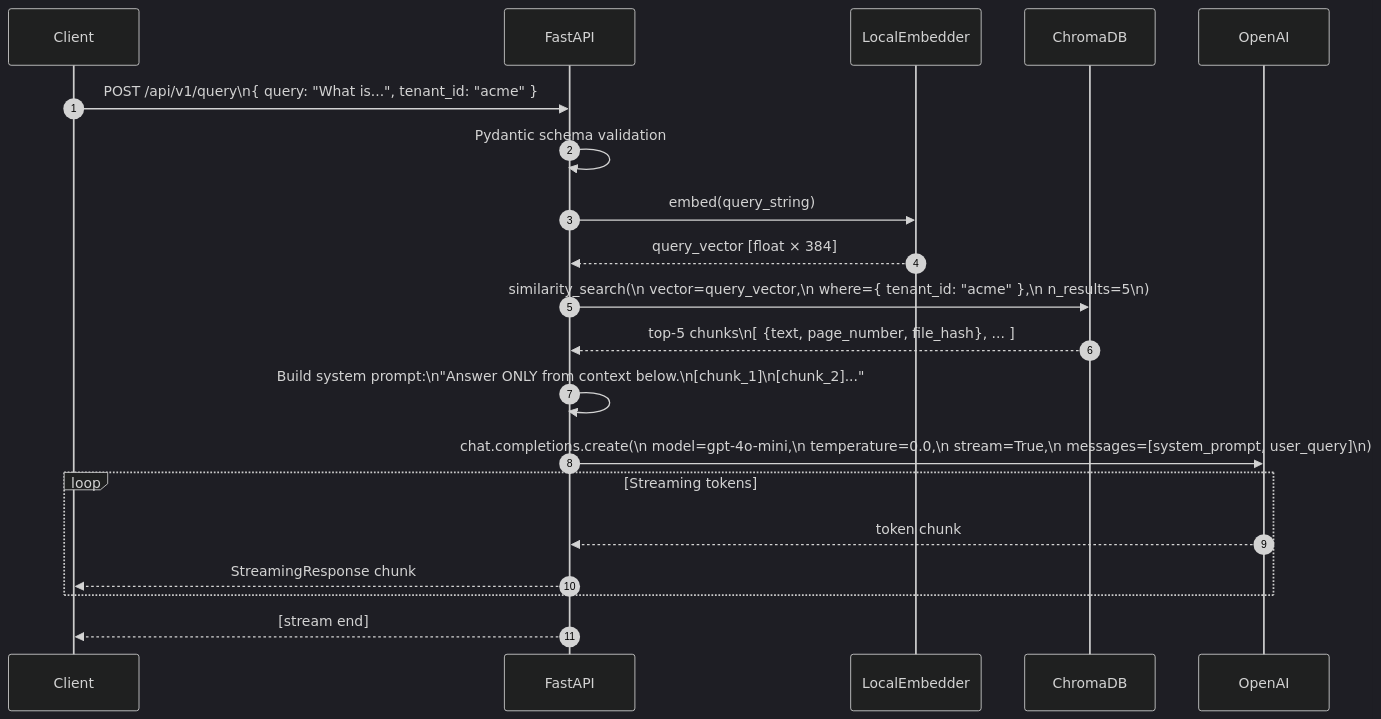
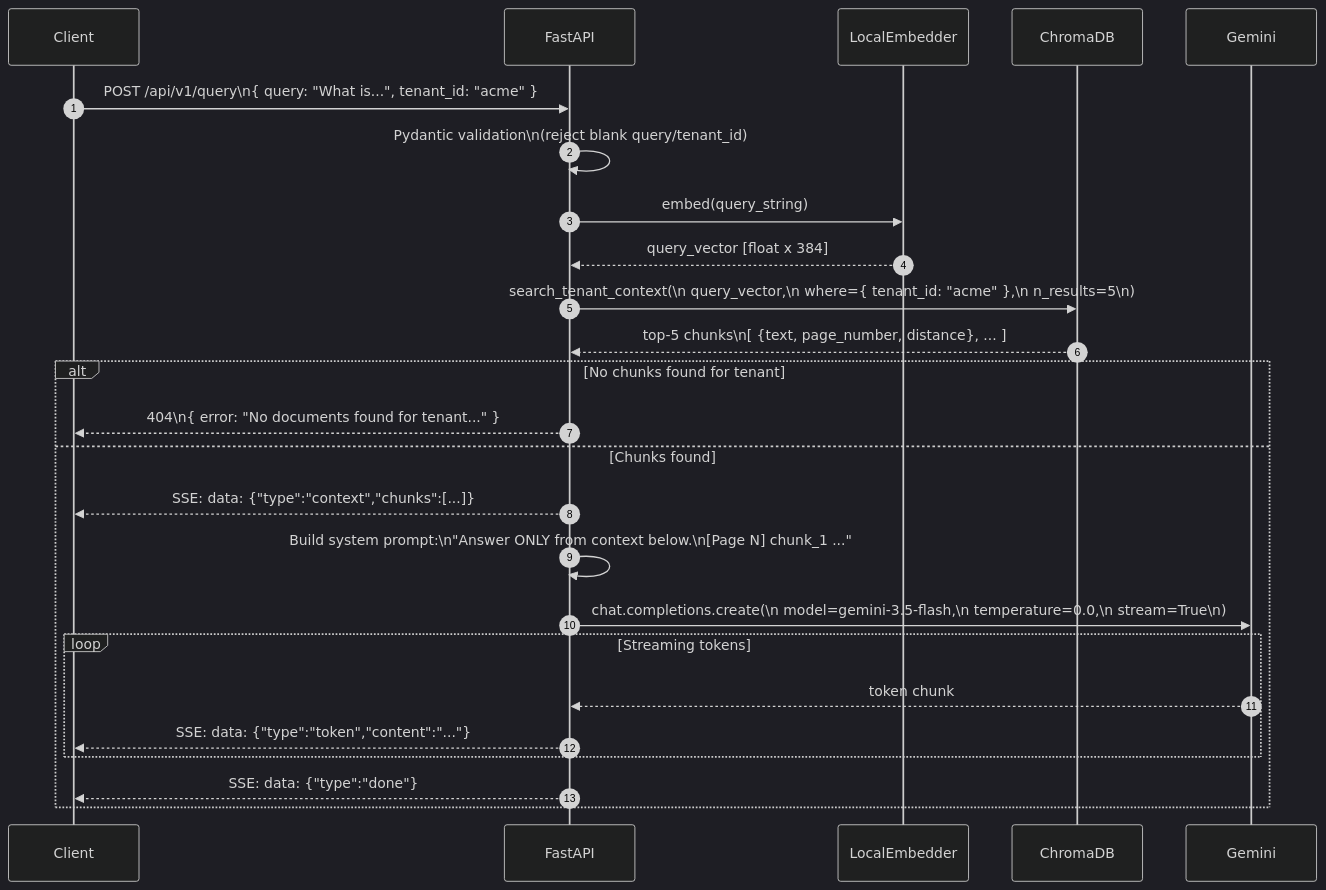
The third of 8 diagrams in architecture.md (ayan711/multi-tenant-rag-pipeline), drawn with Mermaid (dark theme) before and after one commit. The commit also changed other lines of this file and 22 other files, not shown here.

First line of the commit message:
Add async task dispatch, status endpoint, and system validation

````diff
--- a/architecture.md
+++ b/architecture.md
@@ -122,30 +153,36 @@
 ```mermaid
 sequenceDiagram
     autonumber
     participant Client
     participant FastAPI
     participant LocalEmbedder
     participant ChromaDB
-    participant OpenAI
+    participant Gemini
 
     Client->>FastAPI: POST /api/v1/query\n{ query: "What is...", tenant_id: "acme" }
 
-    FastAPI->>FastAPI: Pydantic schema validation
+    FastAPI->>FastAPI: Pydantic validation\n(reject blank query/tenant_id)
 
     FastAPI->>LocalEmbedder: embed(query_string)
-    LocalEmbedder-->>FastAPI: query_vector [float × 384]
+    LocalEmbedder-->>FastAPI: query_vector [float x 384]
 
-    FastAPI->>ChromaDB: similarity_search(\n  vector=query_vector,\n  where={ tenant_id: "acme" },\n  n_results=5\n)
-    ChromaDB-->>FastAPI: top-5 chunks\n[ {text, page_number, file_hash}, ... ]
+    FastAPI->>ChromaDB: search_tenant_context(\n  query_vector,\n  where={ tenant_id: "acme" },\n  n_results=5\n)
+    ChromaDB-->>FastAPI: top-5 chunks\n[ {text, page_number, distance}, ... ]
 
-    FastAPI->>FastAPI: Build system prompt:\n"Answer ONLY from context below.\n[chunk_1]\n[chunk_2]..."
+    alt No chunks found for tenant
+        FastAPI-->>Client: 404\n{ error: "No documents found for tenant..." }
+    else Chunks found
+        FastAPI-->>Client: SSE: data: {"type":"context","chunks":[...]}
 
-    FastAPI->>OpenAI: chat.completions.create(\n  model=gpt-4o-mini,\n  temperature=0.0,\n  stream=True,\n  messages=[system_prompt, user_query]\n)
+        FastAPI->>FastAPI: Build system prompt:\n"Answer ONLY from context below.\n[Page N] chunk_1 ..."
 
-    loop Streaming tokens
-        OpenAI-->>FastAPI: token chunk
-        FastAPI-->>Client: StreamingResponse chunk
+        FastAPI->>Gemini: chat.completions.create(\n  model=gemini-3.5-flash,\n  temperature=0.0,\n  stream=True\n)
+
+        loop Streaming tokens
+            Gemini-->>FastAPI: token chunk
+            FastAPI-->>Client: SSE: data: {"type":"token","content":"..."}
+        end
+
+        FastAPI-->>Client: SSE: data: {"type":"done"}
     end
-
-    FastAPI-->>Client: [stream end]
 ```
````
